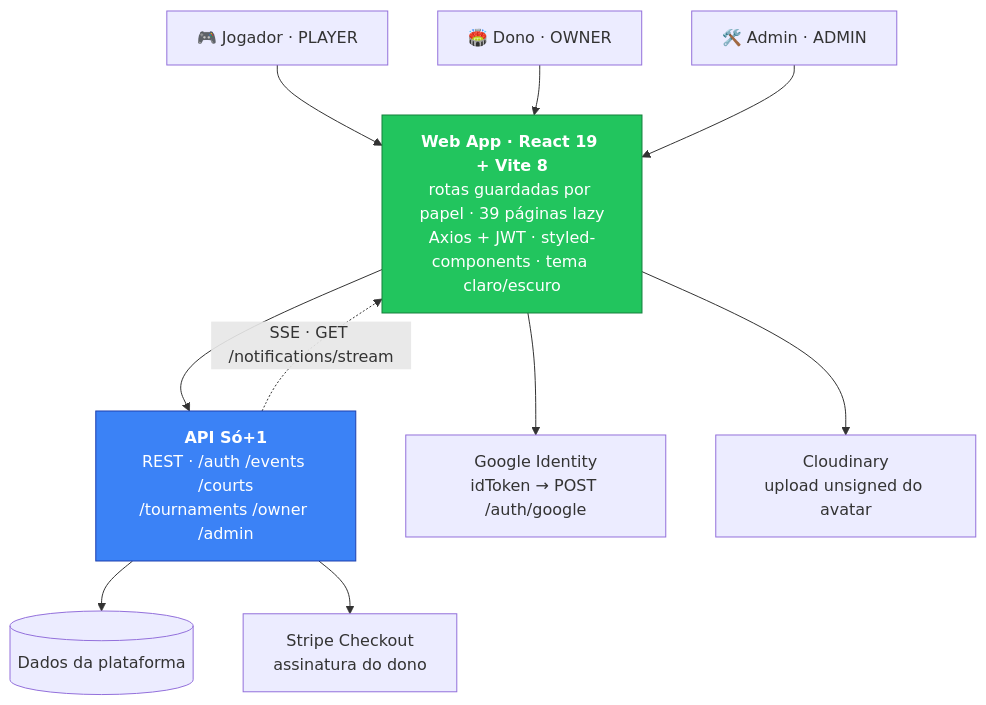
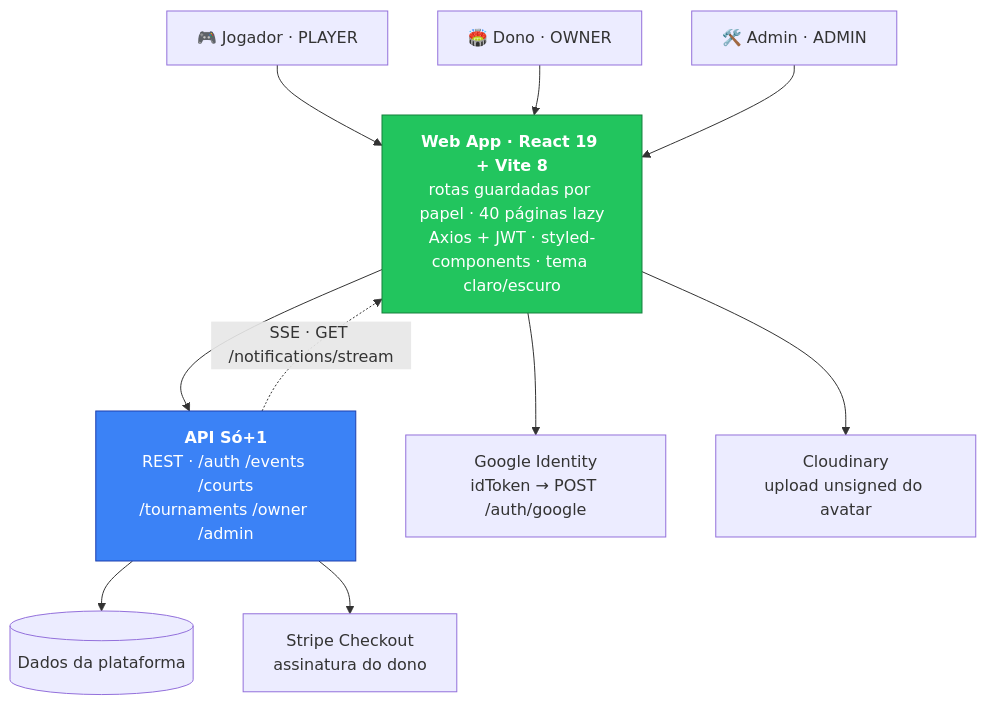
One commit to mateus-vitor-ferreira-dev/so-mais-um-web changed the diagram in README.md. Above: the diagram before and after it, drawn with Mermaid. The commit also changed other lines of this file and 12 other files, not shown here.

````diff
--- a/README.md
+++ b/README.md
@@ -61,20 +61,20 @@
 ```mermaid
 flowchart TB
     P["🎮 Jogador · PLAYER"] --> WEB
     O["🏟️ Dono · OWNER"] --> WEB
     A["🛠️ Admin · ADMIN"] --> WEB
 
-    WEB["<b>Web App · React 19 + Vite 8</b><br/>rotas guardadas por papel · 39 páginas lazy<br/>Axios + JWT · styled-components · tema claro/escuro"]
+    WEB["<b>Web App · React 19 + Vite 8</b><br/>rotas guardadas por papel · 40 páginas lazy<br/>Axios + JWT · styled-components · tema claro/escuro"]
 
     WEB --> API["<b>API Só+1</b><br/>REST · /auth /events /courts<br/>/tournaments /owner /admin"]
     WEB --> G["Google Identity<br/>idToken → POST /auth/google"]
     WEB --> CL["Cloudinary<br/>upload unsigned do avatar"]
 
     API --> DB[("Dados da plataforma")]
     API --> ST["Stripe Checkout<br/>assinatura do dono"]
 
     API -. "SSE · GET /notifications/stream" .-> WEB
 
     style WEB fill:#22C55E,stroke:#15803d,color:#fff
     style API fill:#3B82F6,stroke:#1e40af,color:#fff
 ```
````
